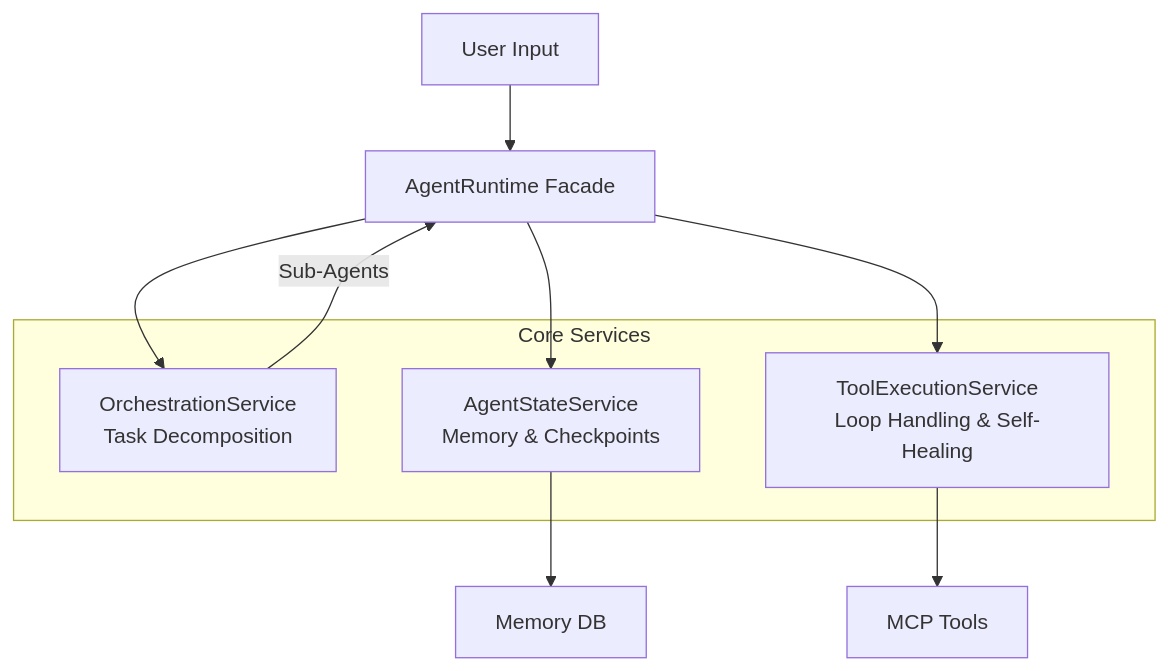
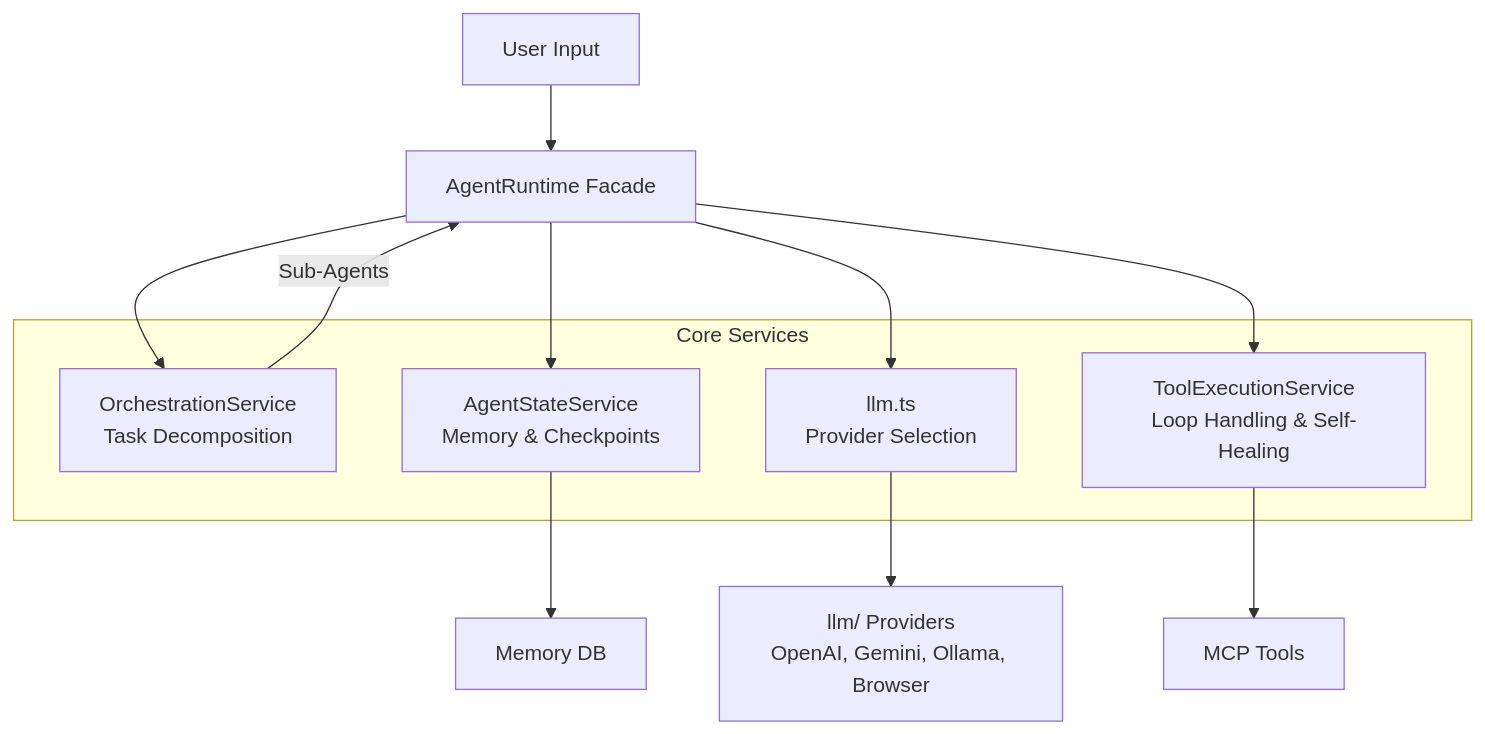
Diagram 16 of 31 in architecture.md (meharajM/ai-worker.app), drawn with Mermaid before and after one commit. The commit also changed other lines of this file and 8 other files, not shown here.

Commit message:
feat: Implement a modular LLM provider system with support for OpenAI, Gemini, Ollama, and browser-based LLMs, along with updated architecture documentation.

````diff
--- a/architecture.md
+++ b/architecture.md
@@ -577,18 +610,21 @@
 ```mermaid
 graph TD
     User[User Input] --> Runtime[AgentRuntime Facade]
     
     subgraph "Core Services"
         Orchestration[OrchestrationService<br/>Task Decomposition]
         Tools[ToolExecutionService<br/>Loop Handling & Self-Healing]
+        LLMOrchestrator[llm.ts<br/>Provider Selection]
         State[AgentStateService<br/>Memory & Checkpoints]
     end
 
     Runtime --> State
     Runtime --> Orchestration
     Orchestration -->|Sub-Agents| Runtime
+    Runtime --> LLMOrchestrator
+    LLMOrchestrator --> Providers[llm/ Providers<br/>OpenAI, Gemini, Ollama, Browser]
     Runtime --> Tools
     
     Tools --> MCP[MCP Tools]
     State --> Memory[Memory DB]
 ```
````
